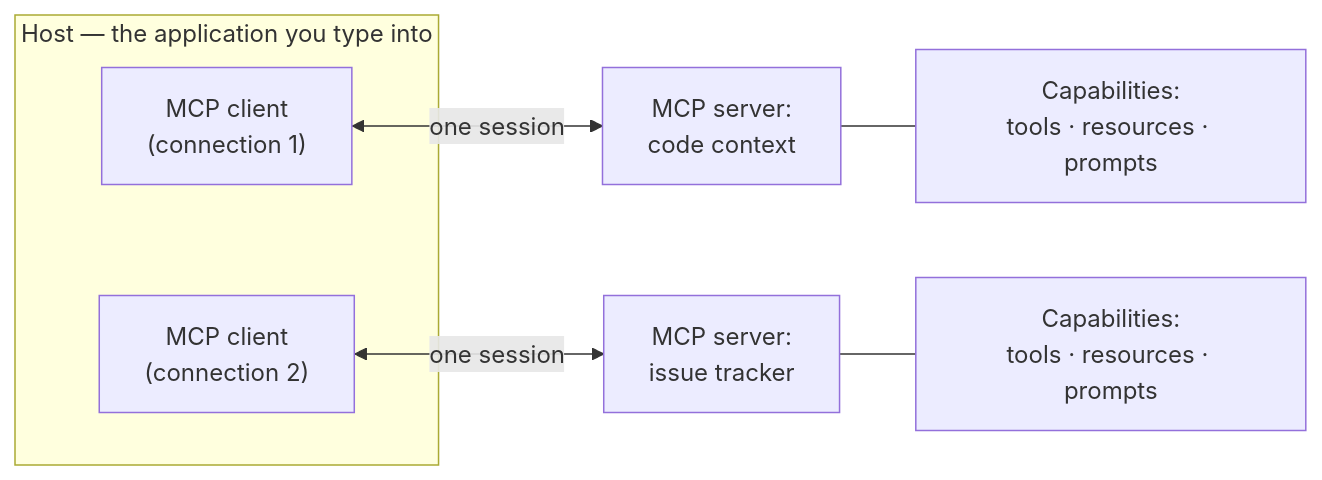
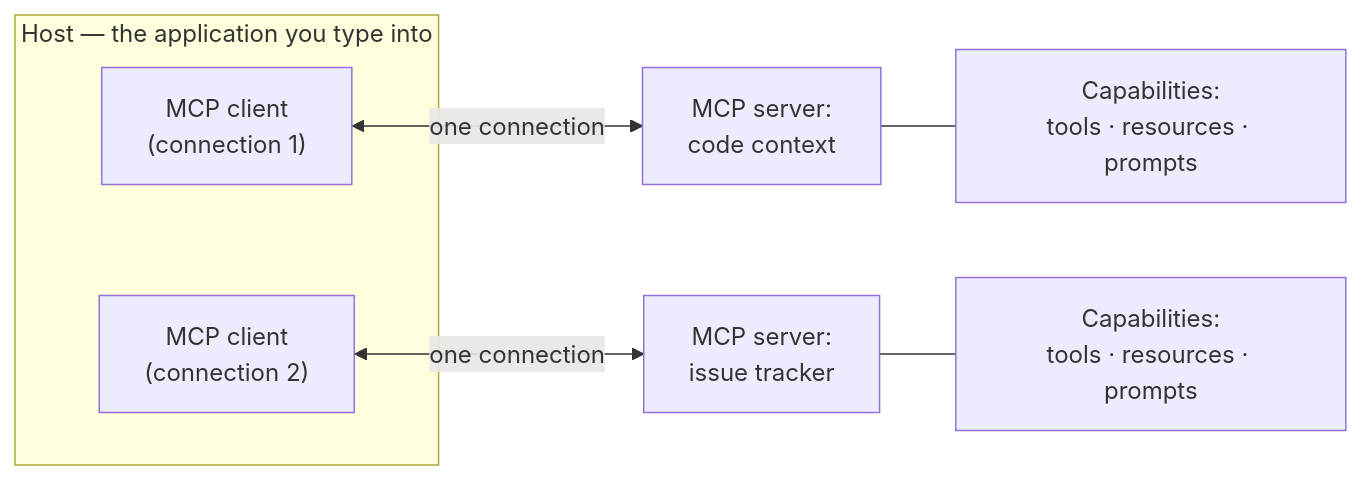
The second of 2 diagrams in docs/part3-mcp/why-mcp.md (nitinpawar28/AI-learn), drawn with Mermaid before and after one commit. The commit also changed other lines of this file and 42 other files, not shown here.

````diff
--- a/docs/part3-mcp/why-mcp.md
+++ b/docs/part3-mcp/why-mcp.md
@@ -73,15 +111,15 @@
 ```mermaid
 flowchart LR
     subgraph host["Host — the application you type into"]
         c1["MCP client<br/>(connection 1)"]
         c2["MCP client<br/>(connection 2)"]
     end
     s1["MCP server:<br/>code context"]
     s2["MCP server:<br/>issue tracker"]
     cap1["Capabilities:<br/>tools · resources · prompts"]
     cap2["Capabilities:<br/>tools · resources · prompts"]
-    c1 <-->|"one session"| s1
-    c2 <-->|"one session"| s2
+    c1 <-->|"one connection"| s1
+    c2 <-->|"one connection"| s2
     s1 --- cap1
     s2 --- cap2
 ```
````
